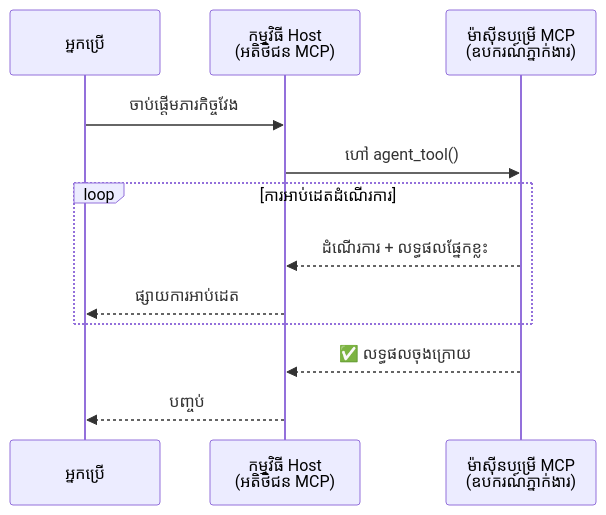
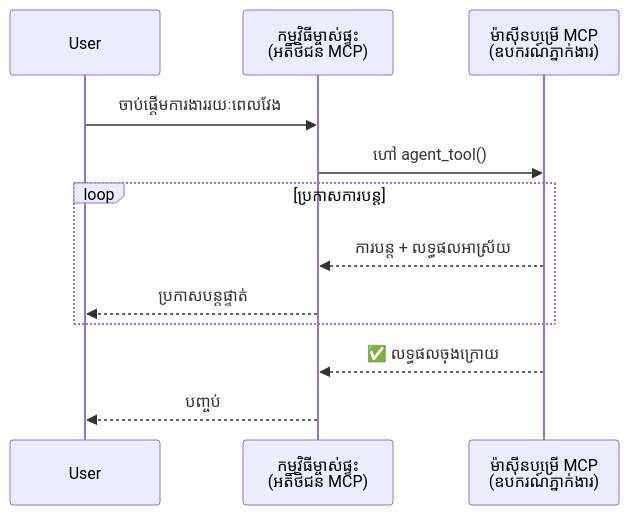
The first of 5 diagrams in mirrors/repos/microsoft@ai-agents-for-beginners/translations/km/11-agentic-protocols/code_samples/mcp-agents/README.md (gabrielmoreira/agent-skills-mirror), drawn with Mermaid before and after one commit. The commit also changed other lines of this file and 4262 other files, not shown here.

````diff
--- a/mirrors/repos/microsoft@ai-agents-for-beginners/translations/km/11-agentic-protocols/code_samples/mcp-agents/README.md
+++ b/mirrors/repos/microsoft@ai-agents-for-beginners/translations/km/11-agentic-protocols/code_samples/mcp-agents/README.md
@@ -46,17 +46,17 @@
 ```mermaid
 sequenceDiagram
-    participant User as អ្នកប្រើ
-    participant Host as កម្មវិធី Host<br/>(អតិថិជន MCP)
+    participant User
+    participant Host as កម្មវិធីម្ចាស់ផ្ទះ<br/>(អតិថិជន MCP)
     participant Server as ម៉ាស៊ីនបម្រើ MCP<br/>(ឧបករណ៍ភ្នាក់ងារ)
 
-    User->>Host: ចាប់ផ្ដើមភារកិច្ចវែង
+    User->>Host: ចាប់ផ្តើមការងាររយៈពេលវែង
     Host->>Server: ហៅ agent_tool()
 
-    loop ការអាប់ដេតដំណើរការ
-        Server-->>Host: ដំណើរការ + លទ្ធផលផ្នែកខ្លះ
-        Host-->>User: ផ្សាយការអាប់ដេត
+    loop ប្រកាសការបន្ត
+        Server-->>Host: ការបន្ត + លទ្ធផលអាស្រ័យ
+        Host-->>User: ប្រកាសបន្តផ្ទាត់
     end
 
     Server-->>Host: ✅ លទ្ធផលចុងក្រោយ
     Host-->>User: បញ្ចប់
 ```
````
